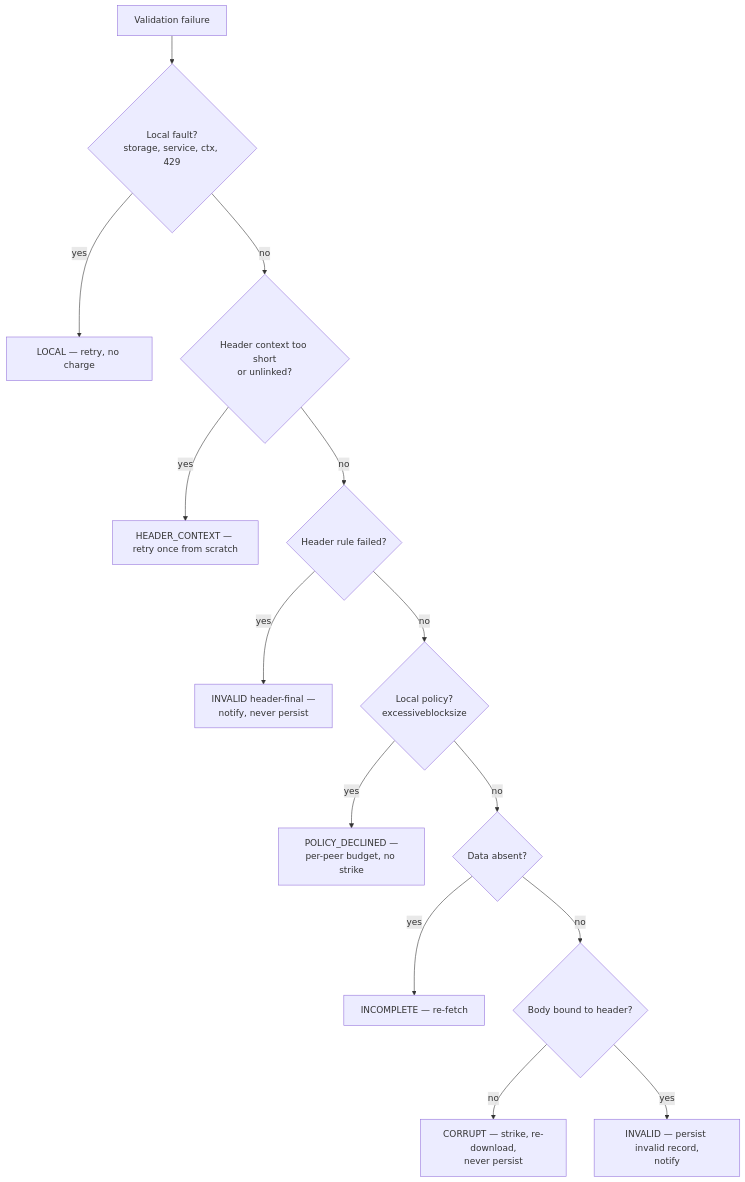
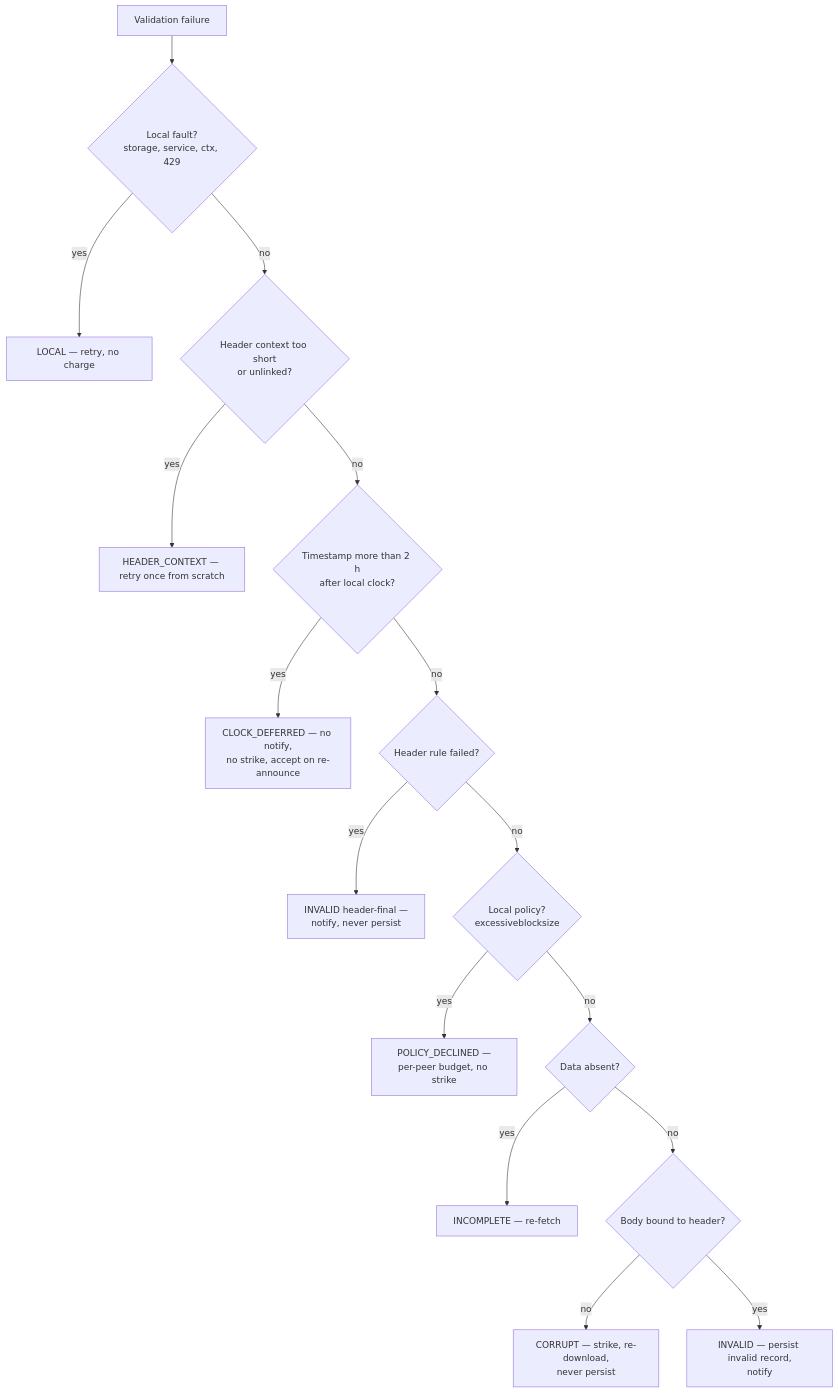
One commit to bsv-blockchain/teranode changed the fourth of 5 diagrams in services/blockvalidation/spec.md. Above: the diagram before and after it, drawn with Mermaid. The commit also changed other lines of this file and 7 other files, not shown here.

````diff
--- a/services/blockvalidation/spec.md
+++ b/services/blockvalidation/spec.md
@@ -1047,16 +1049,18 @@
 ```mermaid
 flowchart TD
     A[Validation failure] --> B{Local fault?<br/>storage, service, ctx, 429}
     B -- yes --> LOCAL[LOCAL — retry, no charge]
     B -- no --> C{Header context too short<br/>or unlinked?}
     C -- yes --> HC[HEADER_CONTEXT — retry once from scratch]
-    C -- no --> D{Header rule failed?}
+    C -- no --> T{Timestamp more than 2 h<br/>after local clock?}
+    T -- yes --> CD[CLOCK_DEFERRED — no notify,<br/>no strike, accept on re-announce]
+    T -- no --> D{Header rule failed?}
     D -- yes --> HF[INVALID header-final —<br/>notify, never persist]
     D -- no --> E{Local policy?<br/>excessiveblocksize}
     E -- yes --> POL[POLICY_DECLINED —<br/>per-peer budget, no strike]
     E -- no --> F{Data absent?}
     F -- yes --> INC[INCOMPLETE — re-fetch]
     F -- no --> G{Body bound to header?}
     G -- no --> COR[CORRUPT — strike, re-download,<br/>never persist]
     G -- yes --> INV[INVALID — persist invalid record,<br/>notify]
 ```
````
